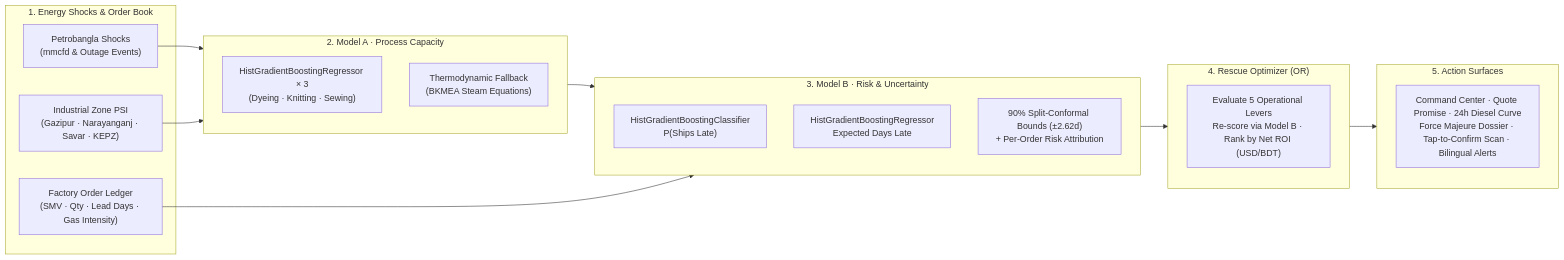
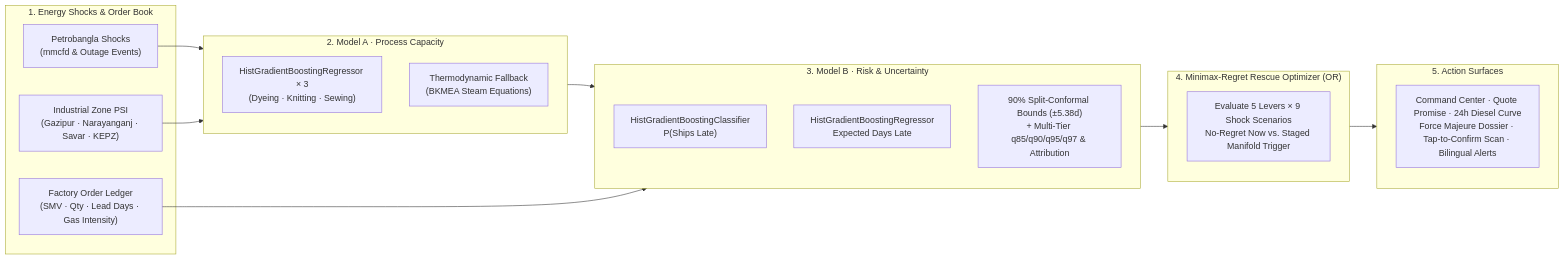
The diagram in README.md (sovon1/Gasline), drawn with Mermaid before and after one commit. The commit also changed other lines of this file and 6 other files, not shown here.

````diff
--- a/README.md
+++ b/README.md
@@ -66,31 +79,31 @@
 ```mermaid
 flowchart LR
     subgraph Inputs ["1. Energy Shocks & Order Book"]
         P["Petrobangla Shocks<br/>(mmcfd &amp; Outage Events)"]
         Z["Industrial Zone PSI<br/>(Gazipur · Narayanganj · Savar · KEPZ)"]
         O["Factory Order Ledger<br/>(SMV · Qty · Lead Days · Gas Intensity)"]
     end
 
     subgraph ModelA ["2. Model A · Process Capacity"]
         MA["HistGradientBoostingRegressor × 3<br/>(Dyeing · Knitting · Sewing)"]
         PH["Thermodynamic Fallback<br/>(BKMEA Steam Equations)"]
     end
 
     subgraph ModelB ["3. Model B · Risk & Uncertainty"]
         MB1["HistGradientBoostingClassifier<br/>P(Ships Late)"]
         MB2["HistGradientBoostingRegressor<br/>Expected Days Late"]
-        CF["90% Split-Conformal Bounds (±2.62d)<br/>+ Per-Order Risk Attribution"]
+        CF["90% Split-Conformal Bounds (±5.38d)<br/>+ Multi-Tier q85/q90/q95/q97 & Attribution"]
     end
 
-    subgraph Rescue ["4. Rescue Optimizer (OR)"]
-        OR["Evaluate 5 Operational Levers<br/>Re-score via Model B · Rank by Net ROI (USD/BDT)"]
+    subgraph Rescue ["4. Minimax-Regret Rescue Optimizer (OR)"]
+        OR["Evaluate 5 Levers × 9 Shock Scenarios<br/>No-Regret Now vs. Staged Manifold Trigger"]
     end
 
     subgraph Surfaces ["5. Action Surfaces"]
         UI["Command Center · Quote Promise · 24h Diesel Curve<br/>Force Majeure Dossier · Tap-to-Confirm Scan · Bilingual Alerts"]
     end
 
     P & Z --> ModelA --> ModelB
     O --> ModelB
     ModelB --> Rescue --> Surfaces
 ```
````
